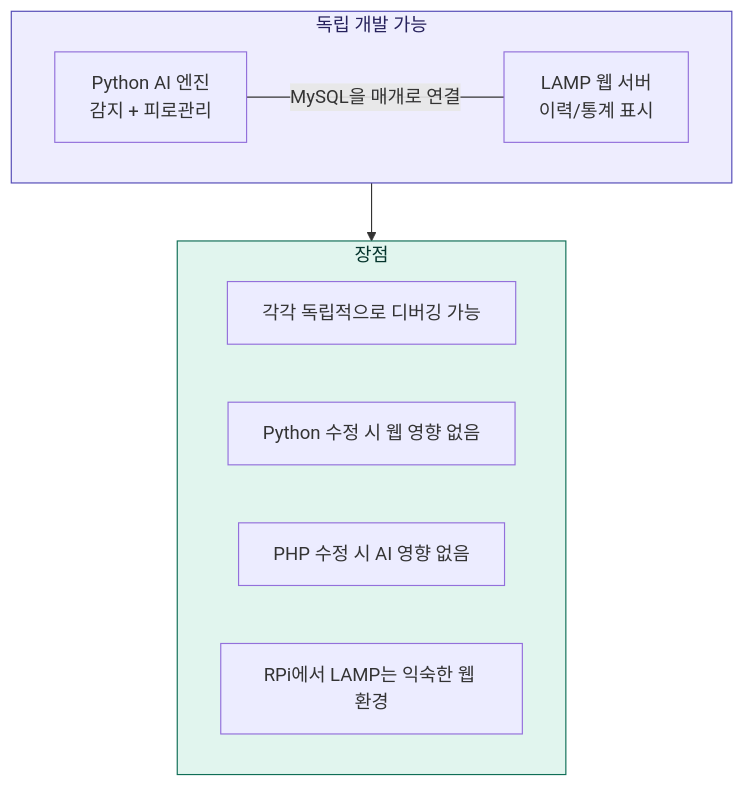
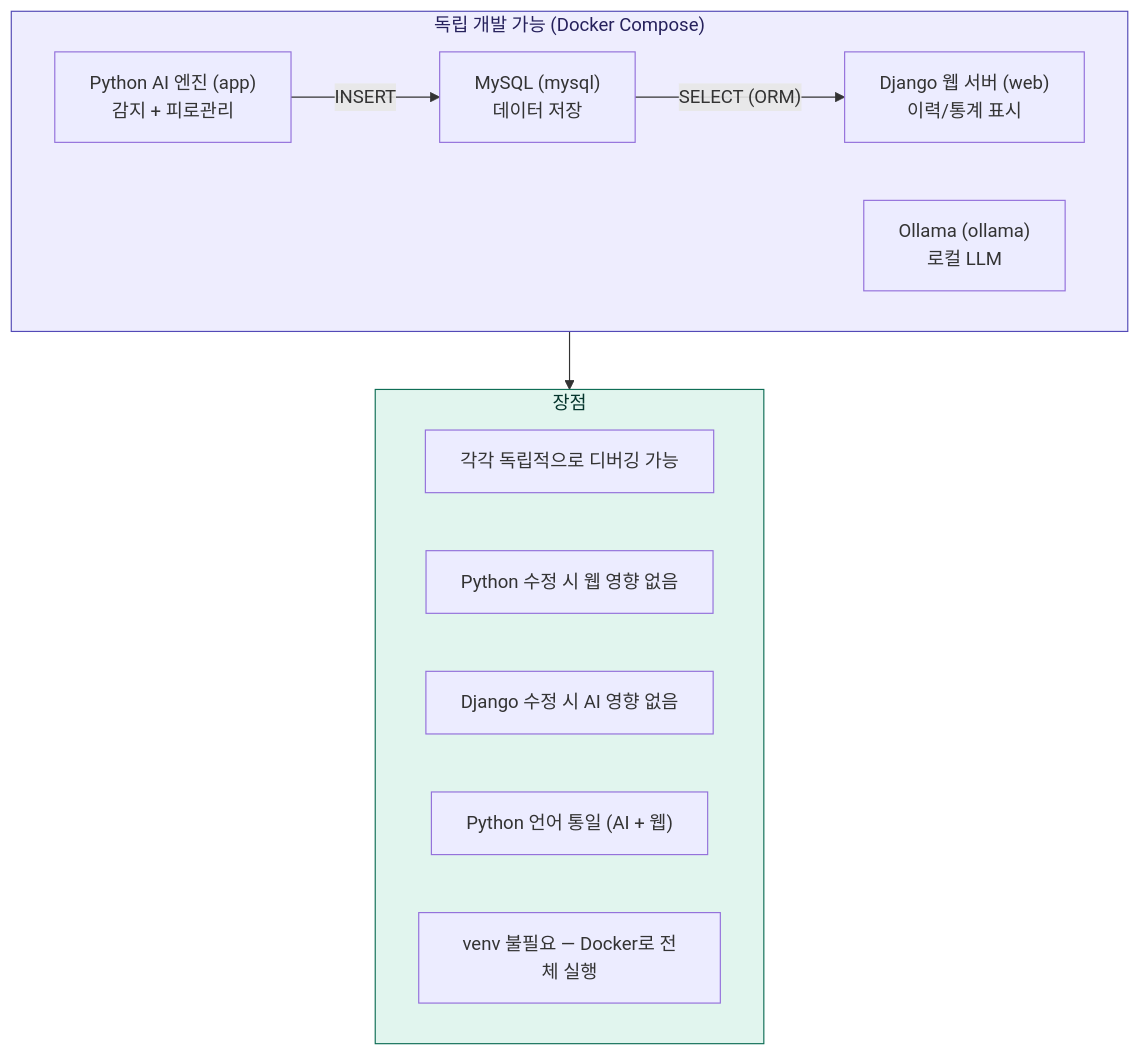
Before and after one commit to pgh165/capstone: diagram 13 of 13 in project.md, drawn with Mermaid. The commit also changed other lines of this file and 20 other files, not shown here.

First line of the commit message:
LAMP 스택을 Django + Docker Compose로 전환

````diff
--- a/project.md
+++ b/project.md
@@ -1034,21 +1034,25 @@
 ```mermaid
 flowchart TB
-    subgraph INDEPENDENT["독립 개발 가능"]
-        PY["Python AI 엔진<br/>감지 + 피로관리"]
-        WEB["LAMP 웹 서버<br/>이력/통계 표시"]
+    subgraph INDEPENDENT["독립 개발 가능 (Docker Compose)"]
+        PY["Python AI 엔진 (app)<br/>감지 + 피로관리"]
+        WEB["Django 웹 서버 (web)<br/>이력/통계 표시"]
+        DB["MySQL (mysql)<br/>데이터 저장"]
+        LLM["Ollama (ollama)<br/>로컬 LLM"]
     end
 
-    PY -- "MySQL을 매개로 연결" --- WEB
+    PY -- "INSERT" --> DB
+    DB -- "SELECT (ORM)" --> WEB
 
     subgraph BENEFIT["장점"]
         B1["각각 독립적으로 디버깅 가능"]
         B2["Python 수정 시 웹 영향 없음"]
-        B3["PHP 수정 시 AI 영향 없음"]
-        B4["RPi에서 LAMP는 익숙한 웹 환경"]
+        B3["Django 수정 시 AI 영향 없음"]
+        B4["Python 언어 통일 (AI + 웹)"]
+        B5["venv 불필요 — Docker로 전체 실행"]
     end
 
     INDEPENDENT --> BENEFIT
 
     style INDEPENDENT fill:#EEEDFE,stroke:#534AB7,color:#26215C
     style BENEFIT fill:#E1F5EE,stroke:#0F6E56,color:#04342C
 ```
````
